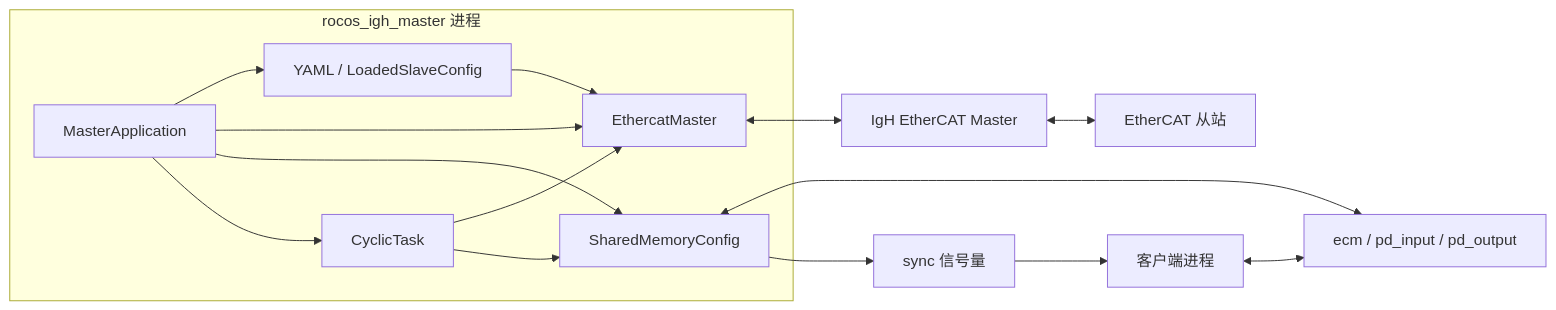
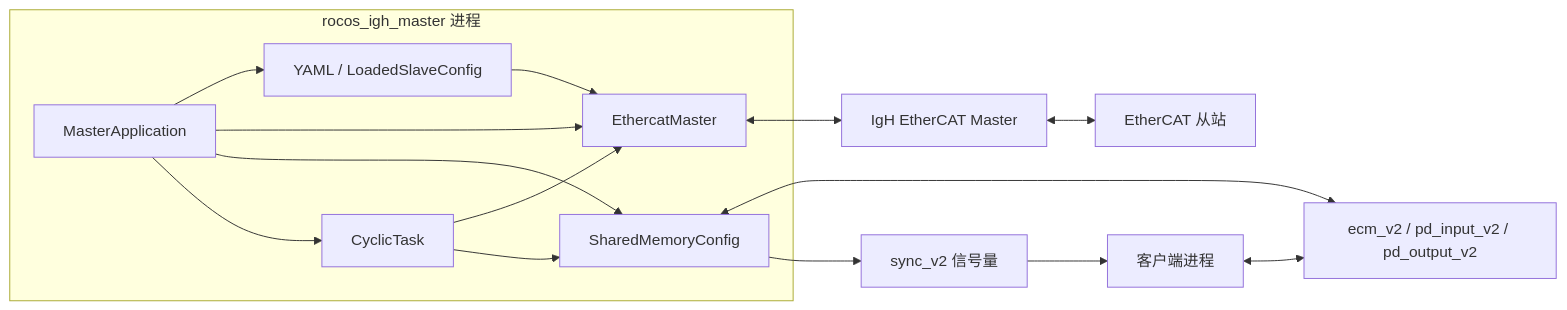
One commit to rocos-sia/rocos-igh changed the first of 2 diagrams in docs/architecture.md. Above: the diagram before and after it, drawn with Mermaid. The commit also changed other lines of this file and 32 other files, not shown here.

````diff
--- a/docs/architecture.md
+++ b/docs/architecture.md
@@ -25,27 +25,27 @@
 ```mermaid
 flowchart LR
     Client[客户端进程]
 
     subgraph Process[rocos_igh_master 进程]
         Main[MasterApplication]
         Config[YAML / LoadedSlaveConfig]
         Master[EthercatMaster]
         Cycle[CyclicTask]
         IPC[SharedMemoryConfig]
 
         Main --> Config
         Main --> Master
         Main --> IPC
         Main --> Cycle
         Config --> Master
         Cycle --> Master
         Cycle --> IPC
     end
 
     Master <--> IgH[IgH EtherCAT Master]
     IgH <--> Slaves[EtherCAT 从站]
-    IPC <--> Shm[ecm / pd_input / pd_output]
-    IPC --> Sem[sync 信号量]
+    IPC <--> Shm[ecm_v2 / pd_input_v2 / pd_output_v2]
+    IPC --> Sem[sync_v2 信号量]
     Client <--> Shm
     Sem --> Client
 ```
````
